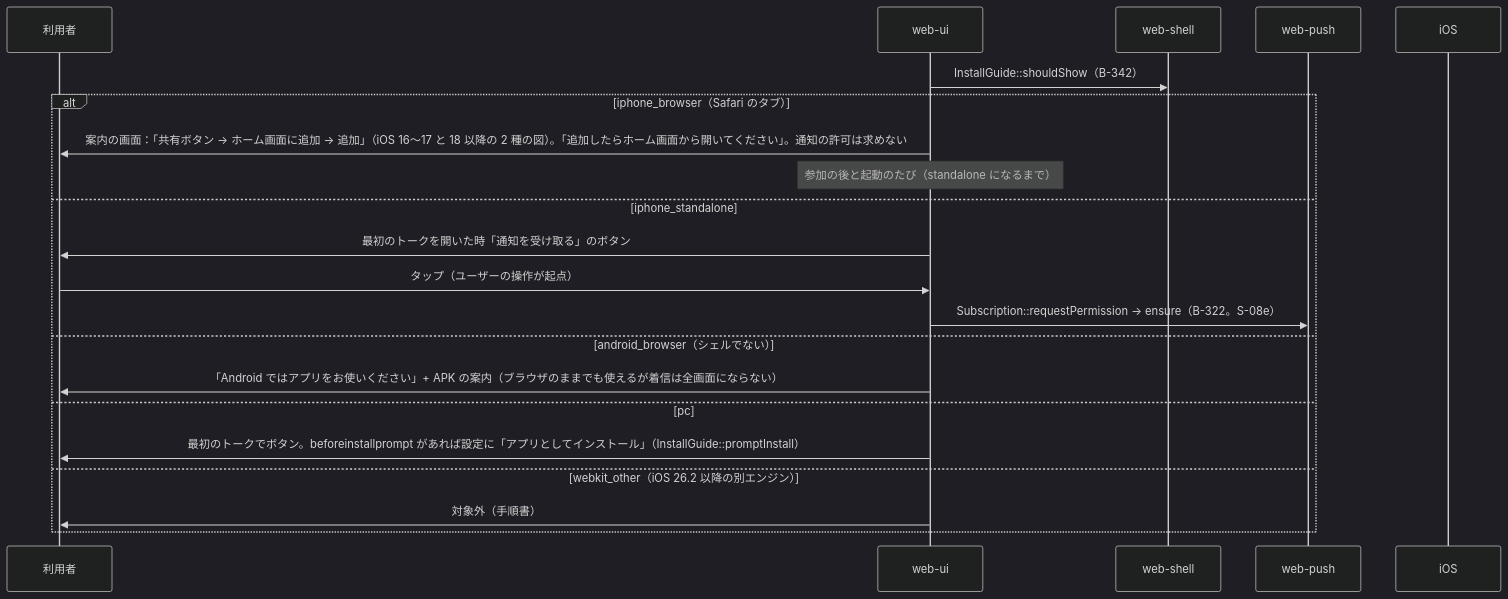
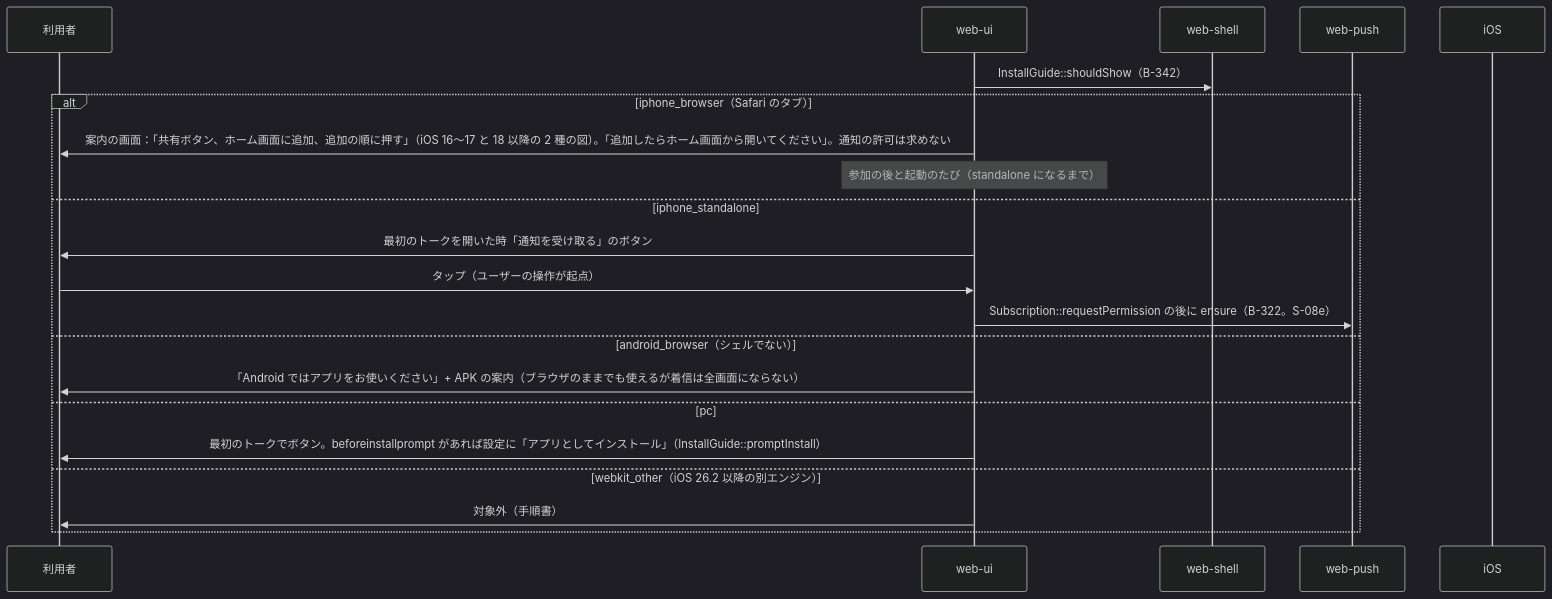
One commit to nrsd-ishikawasou/family-talk-pwa changed the second of 2 diagrams in dev/docs/jp/シーケンス/15_iPhoneとPCのシェル.md. Above: the diagram before and after it, drawn with Mermaid (dark theme). The commit also changed other lines of this file and 290 other files, not shown here.

````diff
--- a/dev/docs/jp/シーケンス/15_iPhoneとPCのシェル.md
+++ b/dev/docs/jp/シーケンス/15_iPhoneとPCのシェル.md
@@ -40,23 +47,23 @@
 ```mermaid
 sequenceDiagram
   participant U as 利用者
   participant UI as web-ui
   participant WH as web-shell
   participant WP as web-push
   participant OS as iOS
   UI->>WH: InstallGuide::shouldShow（B-342）
   alt iphone_browser（Safari のタブ）
-    UI->>U: 案内の画面：「共有ボタン → ホーム画面に追加 → 追加」（iOS 16〜17 と 18 以降の 2 種の図）。「追加したらホーム画面から開いてください」。通知の許可は求めない
+    UI->>U: 案内の画面：「共有ボタン、ホーム画面に追加、追加の順に押す」（iOS 16〜17 と 18 以降の 2 種の図）。「追加したらホーム画面から開いてください」。通知の許可は求めない
     Note over UI: 参加の後と起動のたび（standalone になるまで）
   else iphone_standalone
     UI->>U: 最初のトークを開いた時「通知を受け取る」のボタン
     U->>UI: タップ（ユーザーの操作が起点）
-    UI->>WP: Subscription::requestPermission → ensure（B-322。S-08e）
+    UI->>WP: Subscription::requestPermission の後に ensure（B-322。S-08e）
   else android_browser（シェルでない）
     UI->>U: 「Android ではアプリをお使いください」+ APK の案内（ブラウザのままでも使えるが着信は全画面にならない）
   else pc
     UI->>U: 最初のトークでボタン。beforeinstallprompt があれば設定に「アプリとしてインストール」（InstallGuide::promptInstall）
   else webkit_other（iOS 26.2 以降の別エンジン）
     UI->>U: 対象外（手順書）
   end
 ```
````
